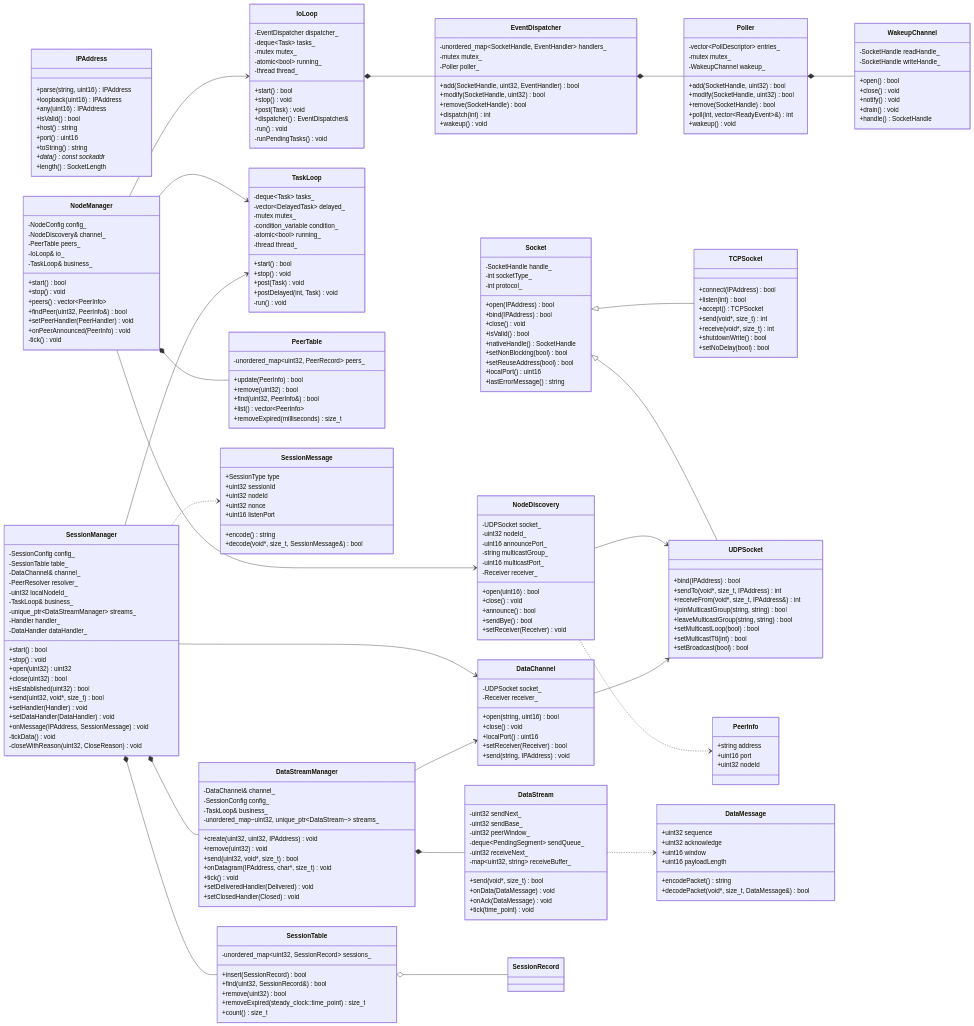
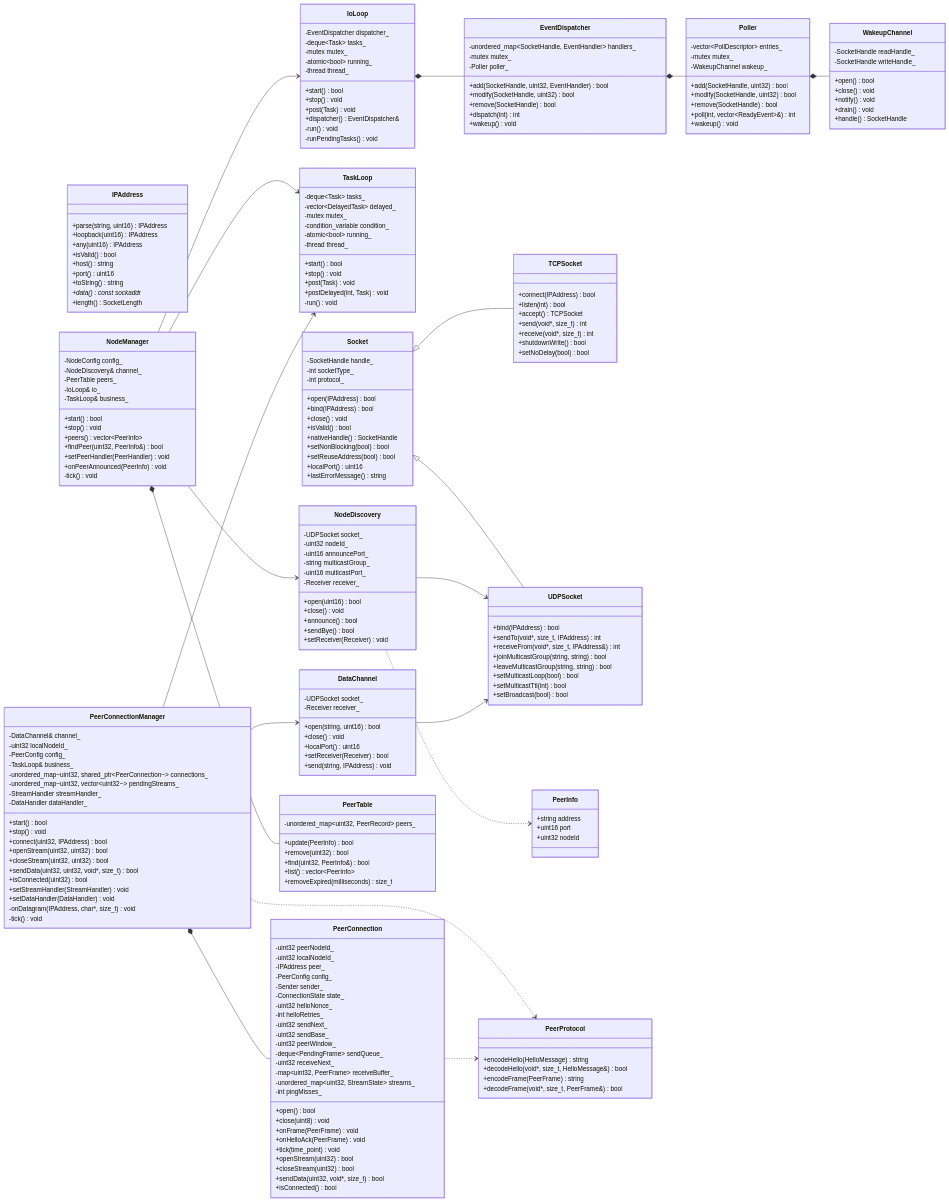
One commit to GoodBye-cn/NetProxy changed the diagram in docs/architecture.md. Above: the diagram before and after it, drawn with Mermaid. The commit also changed other lines of this file and 37 other files, not shown here.

First line of the commit message:
transport: 合并会话与传输为 PeerConnection

````diff
--- a/docs/architecture.md
+++ b/docs/architecture.md
@@ -187,82 +187,61 @@
         -tick() void
     }
 
-    class SessionMessage {
-        +SessionType type
-        +uint32 sessionId
-        +uint32 nodeId
-        +uint32 nonce
-        +uint16 listenPort
-        +encode() string
-        +decode(void*, size_t, SessionMessage&) bool
-    }
-
-    class SessionTable {
-        -unordered_map~uint32, SessionRecord~ sessions_
-        +insert(SessionRecord) bool
-        +find(uint32, SessionRecord&) bool
-        +remove(uint32) bool
-        +removeExpired(steady_clock::time_point) size_t
-        +count() size_t
-    }
-
-    class SessionManager {
-        -SessionConfig config_
-        -SessionTable table_
+    class PeerConnectionManager {
         -DataChannel& channel_
-        -PeerResolver resolver_
         -uint32 localNodeId_
+        -PeerConfig config_
         -TaskLoop& business_
-        -unique_ptr~DataStreamManager~ streams_
-        -Handler handler_
+        -unordered_map~uint32, shared_ptr~PeerConnection~~ connections_
+        -unordered_map~uint32, vector~uint32~~ pendingStreams_
+        -StreamHandler streamHandler_
         -DataHandler dataHandler_
         +start() bool
         +stop() void
-        +open(uint32) uint32
-        +close(uint32) bool
-        +isEstablished(uint32) bool
-        +send(uint32, void*, size_t) bool
-        +setHandler(Handler) void
+        +connect(uint32, IPAddress) bool
+        +openStream(uint32, uint32) bool
+        +closeStream(uint32, uint32) bool
+        +sendData(uint32, uint32, void*, size_t) bool
+        +isConnected(uint32) bool
+        +setStreamHandler(StreamHandler) void
         +setDataHandler(DataHandler) void
-        +onMessage(IPAddress, SessionMessage) void
-        -tickData() void
-        -closeWithReason(uint32, CloseReason) void
+        -onDatagram(IPAddress, char*, size_t) void
+        -tick() void
     }
 
-    class DataStreamManager {
-        -DataChannel& channel_
-        -SessionConfig config_
-        -TaskLoop& business_
-        -unordered_map~uint32, unique_ptr~DataStream~~ streams_
-        +create(uint32, uint32, IPAddress) void
-        +remove(uint32) void
-        +send(uint32, void*, size_t) bool
-        +onDatagram(IPAddress, char*, size_t) void
-        +tick() void
-        +setDeliveredHandler(Delivered) void
-        +setClosedHandler(Closed) void
-    }
-
-    class DataStream {
+    class PeerConnection {
+        -uint32 peerNodeId_
+        -uint32 localNodeId_
+        -IPAddress peer_
+        -PeerConfig config_
+        -Sender sender_
+        -ConnectionState state_
+        -uint32 helloNonce_
+        -int helloRetries_
         -uint32 sendNext_
         -uint32 sendBase_
         -uint32 peerWindow_
-        -deque~PendingSegment~ sendQueue_
+        -deque~PendingFrame~ sendQueue_
         -uint32 receiveNext_
-        -map~uint32, string~ receiveBuffer_
-        +send(void*, size_t) bool
-        +onData(DataMessage) void
-        +onAck(DataMessage) void
+        -map~uint32, PeerFrame~ receiveBuffer_
+        -unordered_map~uint32, StreamState~ streams_
+        -int pingMisses_
+        +open() bool
+        +close(uint8) void
+        +onFrame(PeerFrame) void
+        +onHelloAck(PeerFrame) void
         +tick(time_point) void
+        +openStream(uint32) bool
+        +closeStream(uint32) bool
+        +sendData(uint32, void*, size_t) bool
+        +isConnected() bool
     }
 
-    class DataMessage {
-        +uint32 sequence
-        +uint32 acknowledge
-        +uint16 window
-        +uint16 payloadLength
-        +encodePacket() string
-        +decodePacket(void*, size_t, DataMessage&) bool
+    class PeerProtocol {
+        +encodeHello(HelloMessage) string
+        +decodeHello(void*, size_t, HelloMessage&) bool
+        +encodeFrame(PeerFrame) string
+        +decodeFrame(void*, size_t, PeerFrame&) bool
     }
 
     IoLoop *-- EventDispatcher
@@ -277,13 +256,9 @@
     NodeDiscovery --> UDPSocket
     NodeDiscovery ..> PeerInfo
     DataChannel --> UDPSocket
-    SessionManager *-- SessionTable
-    SessionManager *-- DataStreamManager
-    SessionManager --> DataChannel
-    SessionManager --> TaskLoop
-    SessionManager ..> SessionMessage
-    SessionTable o-- SessionRecord
-    DataStreamManager --> DataChannel
-    DataStreamManager *-- DataStream
-    DataStream ..> DataMessage
+    PeerConnectionManager *-- PeerConnection
+    PeerConnectionManager --> DataChannel
+    PeerConnectionManager --> TaskLoop
+    PeerConnectionManager ..> PeerProtocol
+    PeerConnection ..> PeerProtocol
 ```
````
